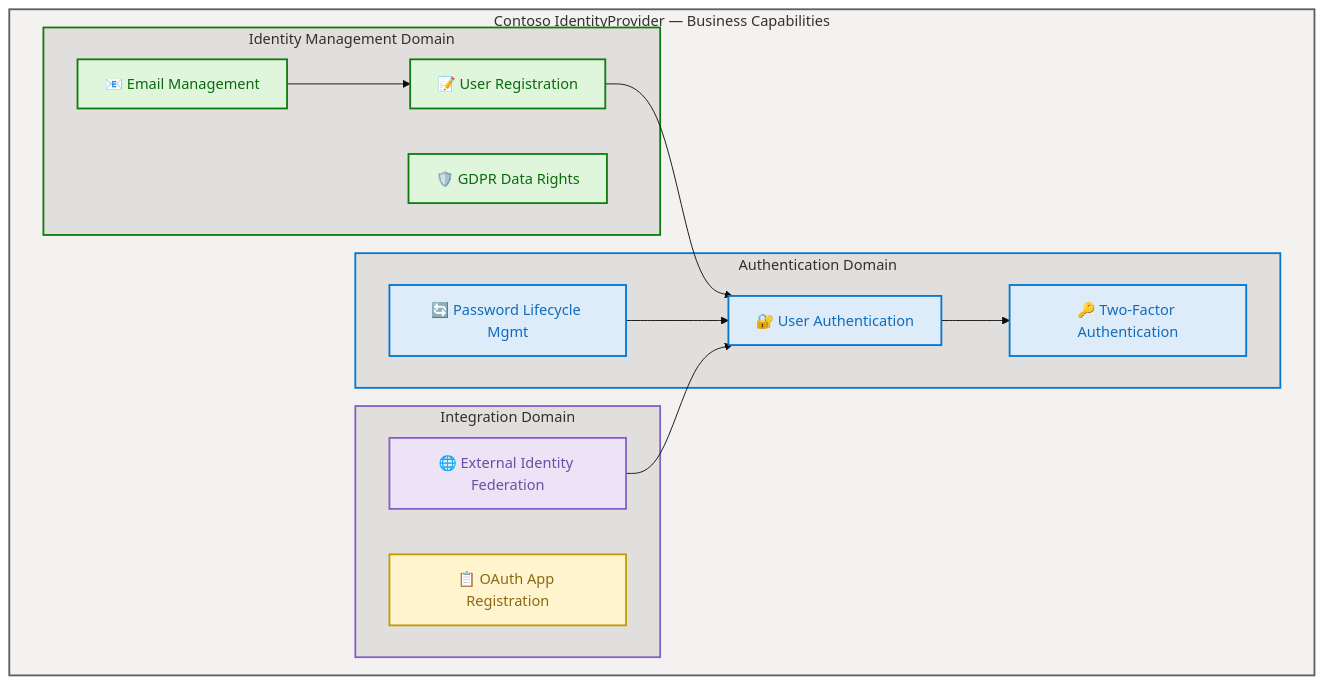
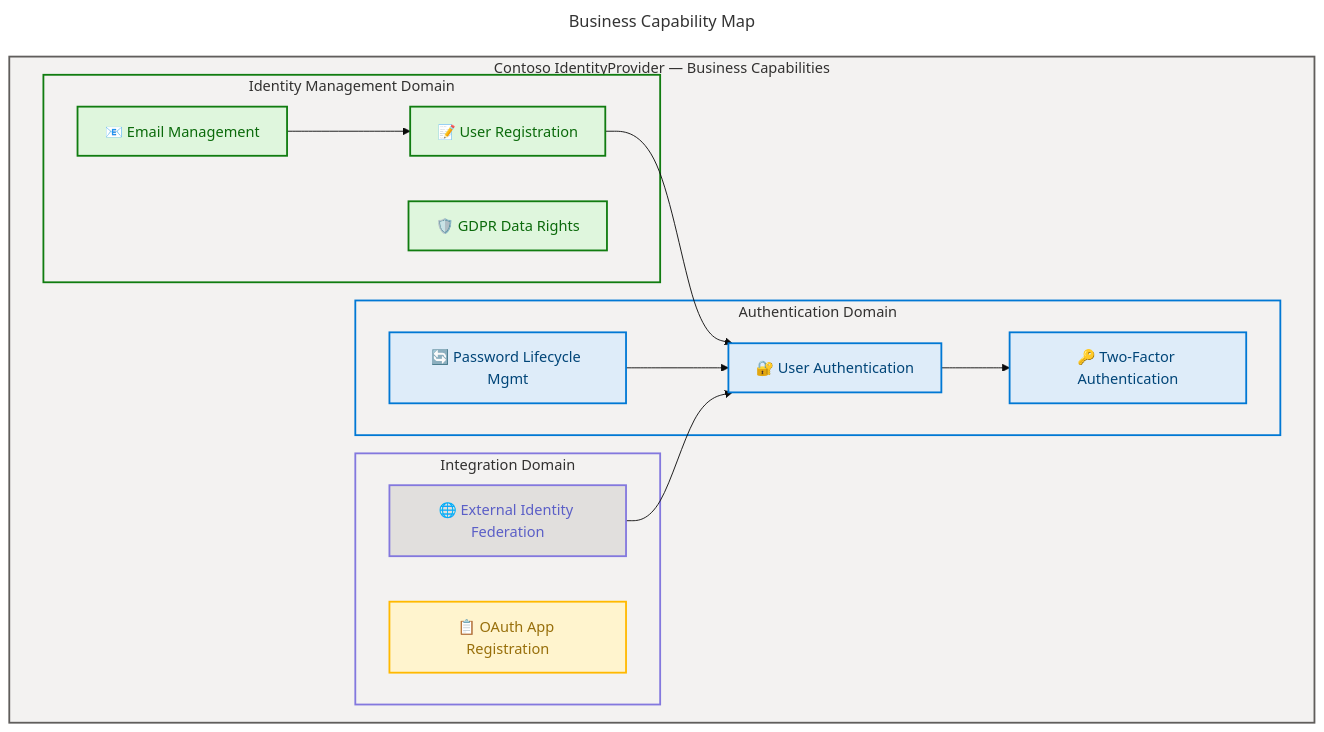
Before and after one commit to Evilazaro/IdentityProvider: the second of 11 diagrams in docs/architecture/business-architecture.md, drawn with Mermaid. The commit also changed other lines of this file, not shown here.

Commit message:
Enhance strategic alignment map with improved layout, accessibility features, and semantic styling for better clarity in business architecture documentation

````diff
--- a/docs/architecture/business-architecture.md
+++ b/docs/architecture/business-architecture.md
@@ -179,51 +198,69 @@
 ```mermaid
 ---
+title: Business Capability Map
 config:
   theme: base
   look: classic
   layout: dagre
   themeVariables:
     fontSize: '16px'
+  flowchart:
+    htmlLabels: true
 ---
 flowchart TB
     accTitle: Business Capability Map — Contoso IdentityProvider
     accDescr: Hierarchical view of 8 business capabilities organized by Authentication, Identity Management, and Integration domains
+
+    %% ═══════════════════════════════════════════════════════════════
+    %% AZURE / FLUENT ARCHITECTURE PATTERN v1.1
+    %% Semantic + Structural + Font + Accessibility Governance
+    %% ═══════════════════════════════════════════════════════════════
+    %% PHASE 1 — STRUCTURAL: Direction explicit, nesting ≤ 3
+    %% PHASE 2 — SEMANTIC: Max 5 classes, neutral-first
+    %% PHASE 3 — FONT: Dark text on light backgrounds ≥ 4.5:1
+    %% PHASE 4 — ACCESSIBILITY: accTitle + accDescr + icons on all nodes
+    %% PHASE 5 — STANDARD: Governance block + classDefs centralized
+    %% ═══════════════════════════════════════════════════════════════
 
     subgraph main["Contoso IdentityProvider — Business Capabilities"]
         subgraph authDomain["Authentication Domain"]
             cap1["🔐 User Authentication"]
             cap3["🔑 Two-Factor Authentication"]
             cap4["🔄 Password Lifecycle Mgmt"]
         end
 
         subgraph idmDomain["Identity Management Domain"]
             cap2["📝 User Registration"]
             cap6["🛡️ GDPR Data Rights"]
             cap8["📧 Email Management"]
         end
 
         subgraph intDomain["Integration Domain"]
             cap5["🌐 External Identity Federation"]
             cap7["📋 OAuth App Registration"]
         end
     end
 
     cap2 --> cap1
     cap1 --> cap3
     cap4 --> cap1
     cap5 --> cap1
     cap8 --> cap2
 
+    %% Semantic classDefs
+    classDef core fill:#DEECF9,stroke:#0078D4,stroke-width:2px,color:#004578
+    classDef success fill:#DFF6DD,stroke:#107C10,stroke-width:2px,color:#0B6A0B
+    classDef warning fill:#FFF4CE,stroke:#FFB900,stroke-width:2px,color:#986F0B
+    classDef data fill:#E1DFDD,stroke:#8378DE,stroke-width:2px,color:#5B5FC7
+
+    class cap1,cap3,cap4 core
+    class cap2,cap6,cap8 success
+    class cap5 data
+    class cap7 warning
+
+    %% Subgraph styling
     style main fill:#F3F2F1,stroke:#605E5C,stroke-width:2px,color:#323130
-    style authDomain fill:#E1DFDD,stroke:#0078D4,stroke-width:2px,color:#323130
-    style idmDomain fill:#E1DFDD,stroke:#107C10,stroke-width:2px,color:#323130
-    style intDomain fill:#E1DFDD,stroke:#8661C5,stroke-width:2px,color:#323130
-    style cap1 fill:#DEECF9,stroke:#0078D4,stroke-width:2px,color:#0F6CBD
-    style cap2 fill:#DFF6DD,stroke:#107C10,stroke-width:2px,color:#0B6A0B
-    style cap3 fill:#DEECF9,stroke:#0078D4,stroke-width:2px,color:#0F6CBD
-    style cap4 fill:#DEECF9,stroke:#0078D4,stroke-width:2px,color:#0F6CBD
-    style cap5 fill:#EDE3F6,stroke:#8661C5,stroke-width:2px,color:#6B4FA0
-    style cap6 fill:#DFF6DD,stroke:#107C10,stroke-width:2px,color:#0B6A0B
-    style cap7 fill:#FFF4CE,stroke:#C19C00,stroke-width:2px,color:#8A6914
-    style cap8 fill:#DFF6DD,stroke:#107C10,stroke-width:2px,color:#0B6A0B
+    style authDomain fill:#F3F2F1,stroke:#0078D4,stroke-width:2px,color:#323130
+    style idmDomain fill:#F3F2F1,stroke:#107C10,stroke-width:2px,color:#323130
+    style intDomain fill:#F3F2F1,stroke:#8378DE,stroke-width:2px,color:#323130
 ```
````
